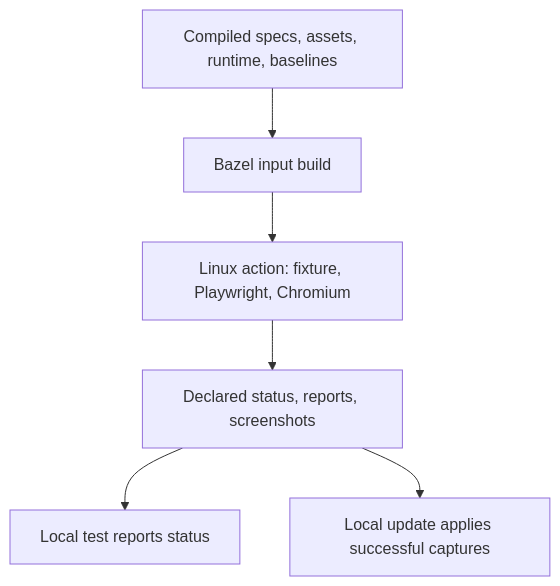
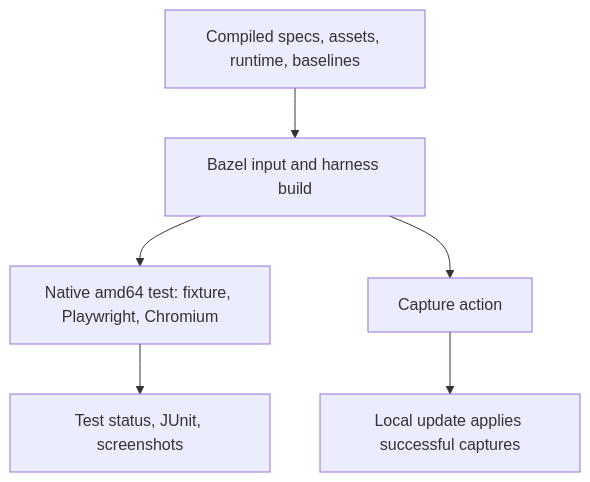
One commit to perplexityai/rules_web_e2e changed the diagram in docs/architecture.md. Above: the diagram before and after it, drawn with Mermaid. The commit also changed other lines of this file and 10 other files, not shown here.

````diff
--- a/docs/architecture.md
+++ b/docs/architecture.md
@@ -24,8 +24,8 @@
 ```mermaid
 flowchart TD
-  Inputs[Compiled specs, assets, runtime, baselines] --> Build[Bazel input build]
-  Build --> Action[Linux action: fixture, Playwright, Chromium]
-  Action --> Results[Declared status, reports, screenshots]
-  Results --> Compare[Local test reports status]
-  Results --> Update[Local update applies successful captures]
+  Inputs[Compiled specs, assets, runtime, baselines] --> Build[Bazel input and harness build]
+  Build --> Test[Native amd64 test: fixture, Playwright, Chromium]
+  Test --> Reports[Test status, JUnit, screenshots]
+  Build --> Capture[Capture action]
+  Capture --> Update[Local update applies successful captures]
 ```
````
